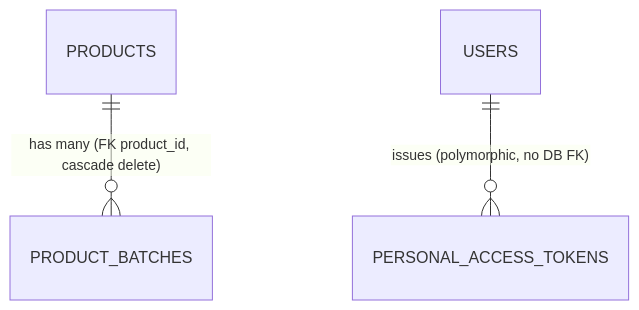
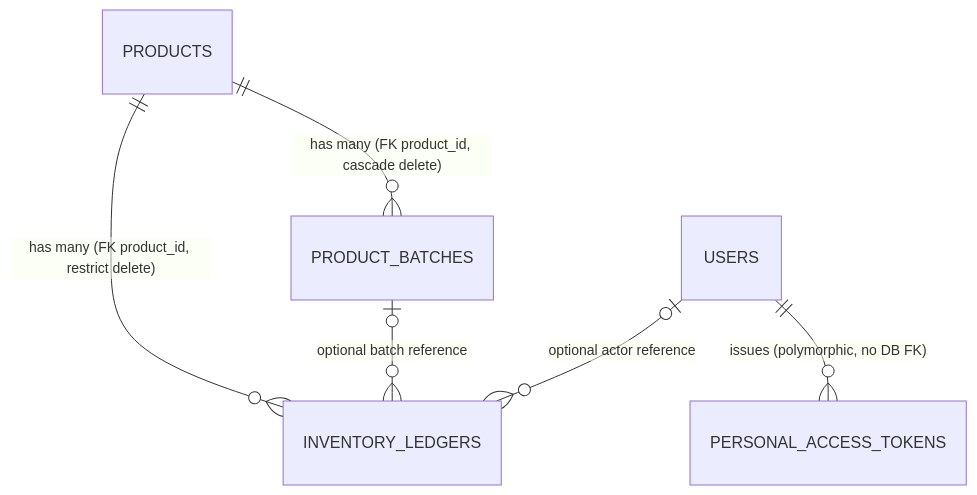
One commit to reiy-git/WalangBrownout changed the second of 2 diagrams in README.md. Above: the diagram before and after it, drawn with Mermaid. The commit also changed other lines of this file and 28 other files, not shown here.

````diff
--- a/README.md
+++ b/README.md
@@ -207,5 +232,8 @@
 ```mermaid
 erDiagram
     PRODUCTS ||--o{ PRODUCT_BATCHES : "has many (FK product_id, cascade delete)"
+    PRODUCTS ||--o{ INVENTORY_LEDGERS : "has many (FK product_id, restrict delete)"
+    PRODUCT_BATCHES o|--o{ INVENTORY_LEDGERS : "optional batch reference"
+    USERS o|--o{ INVENTORY_LEDGERS : "optional actor reference"
     USERS ||--o{ PERSONAL_ACCESS_TOKENS : "issues (polymorphic, no DB FK)"
 ```
````
